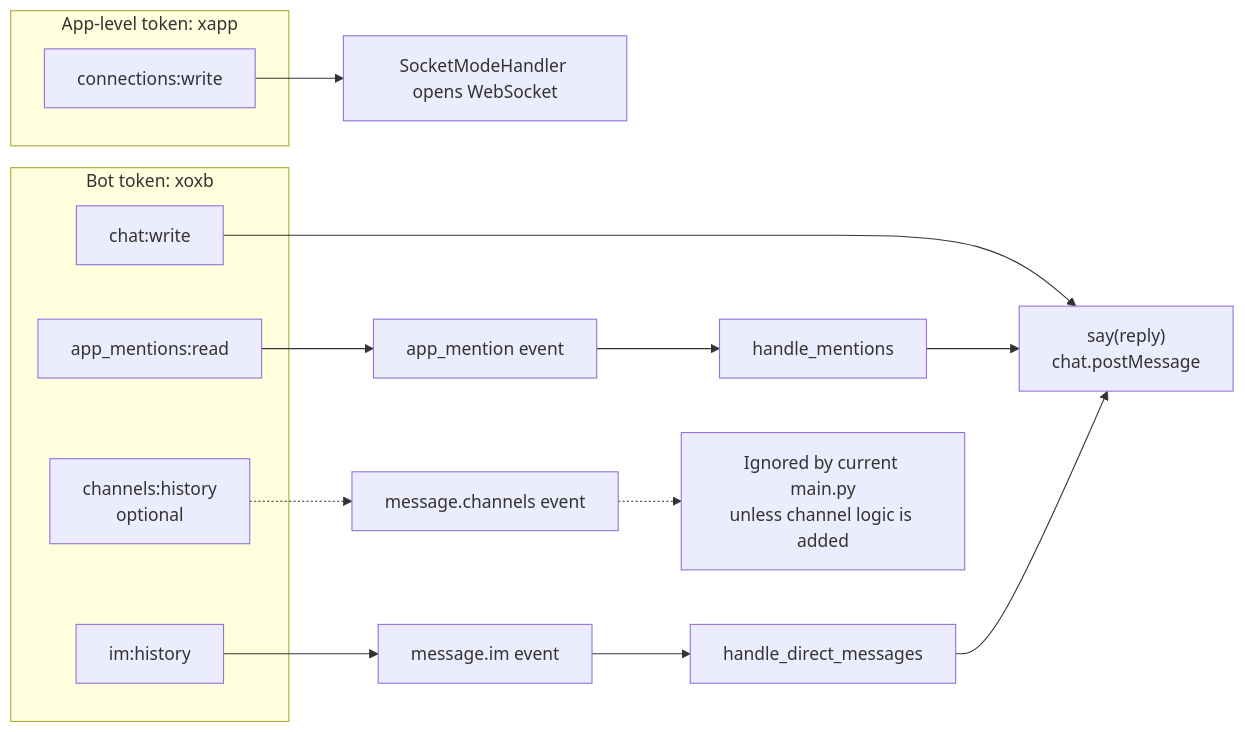
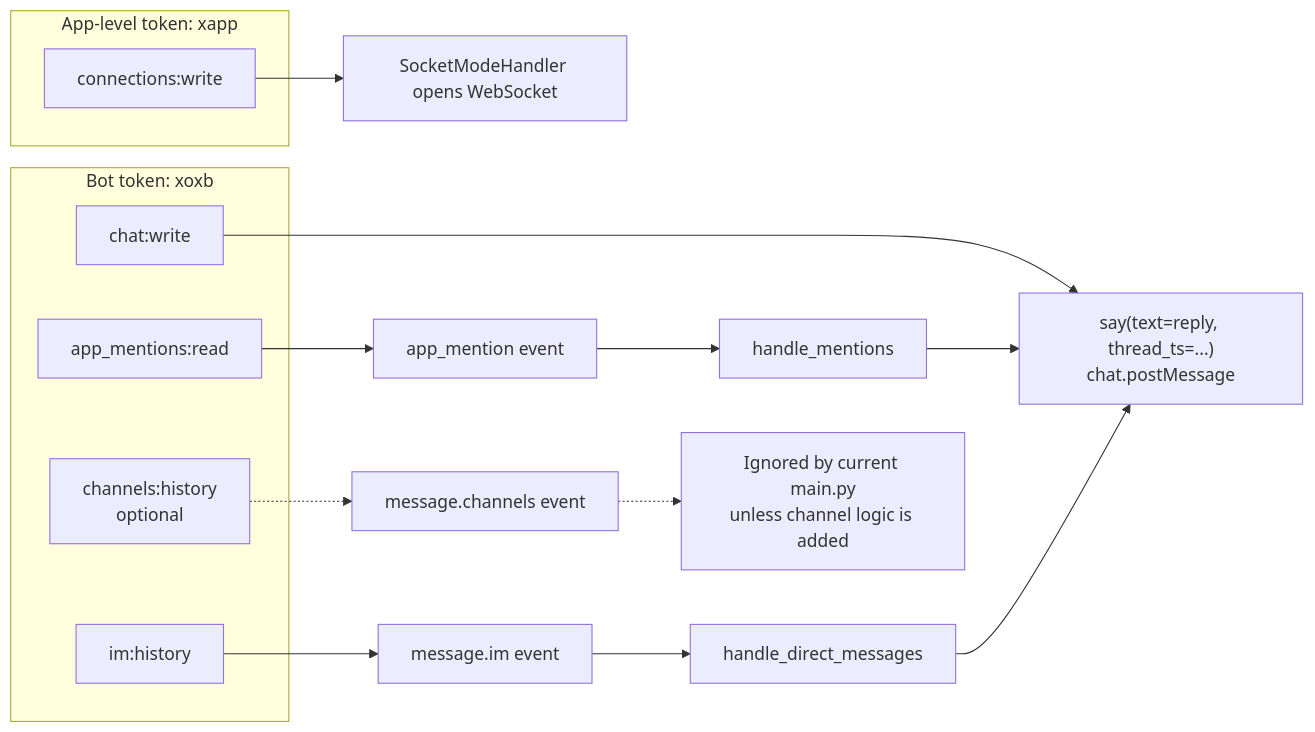
Before and after one commit to aymalkhalid/Slack-AI-WebSocket: the third of 4 diagrams in README.md, drawn with Mermaid. The commit also changed other lines of this file and 34 other files, not shown here.

````diff
--- a/README.md
+++ b/README.md
@@ -87,25 +98,25 @@
 ```mermaid
 flowchart LR
     subgraph appLevel["App-level token: xapp"]
         connections["connections:write"]
     end
 
     subgraph botToken["Bot token: xoxb"]
         chat["chat:write"]
         mentionScope["app_mentions:read"]
         dmScope["im:history"]
         channelScope["channels:history<br/>optional"]
     end
 
     connections --> socketMode["SocketModeHandler opens WebSocket"]
     mentionScope --> mentionEvent["app_mention event"]
     dmScope --> dmEvent["message.im event"]
     channelScope -.-> channelEvent["message.channels event"]
-    chat --> say["say(reply)<br/>chat.postMessage"]
+    chat --> say["say(text=reply, thread_ts=...)<br/>chat.postMessage"]
 
     mentionEvent --> mentionHandler["handle_mentions"]
     dmEvent --> dmHandler["handle_direct_messages"]
     channelEvent -.-> ignored["Ignored by current main.py<br/>unless channel logic is added"]
     mentionHandler --> say
     dmHandler --> say
 ```
````
